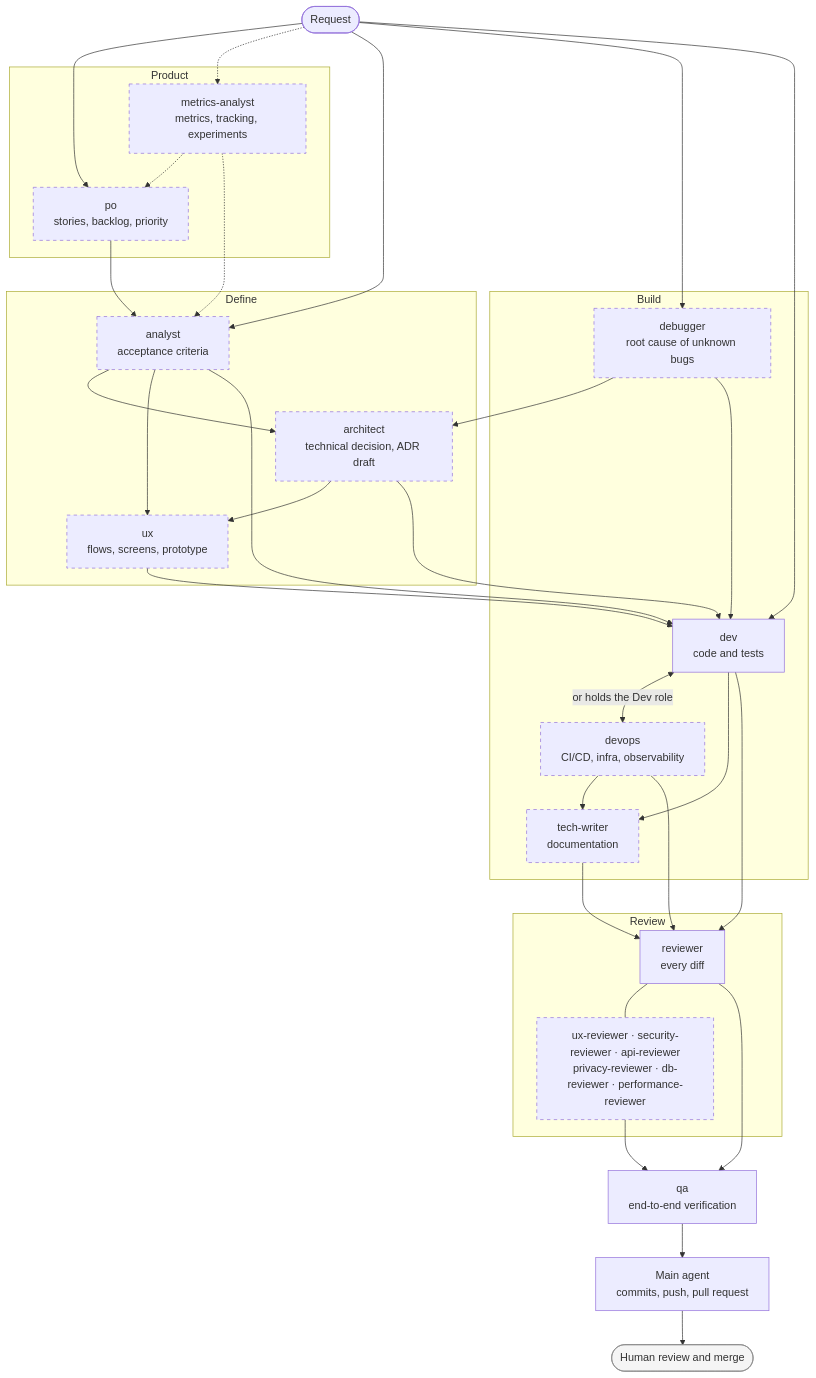
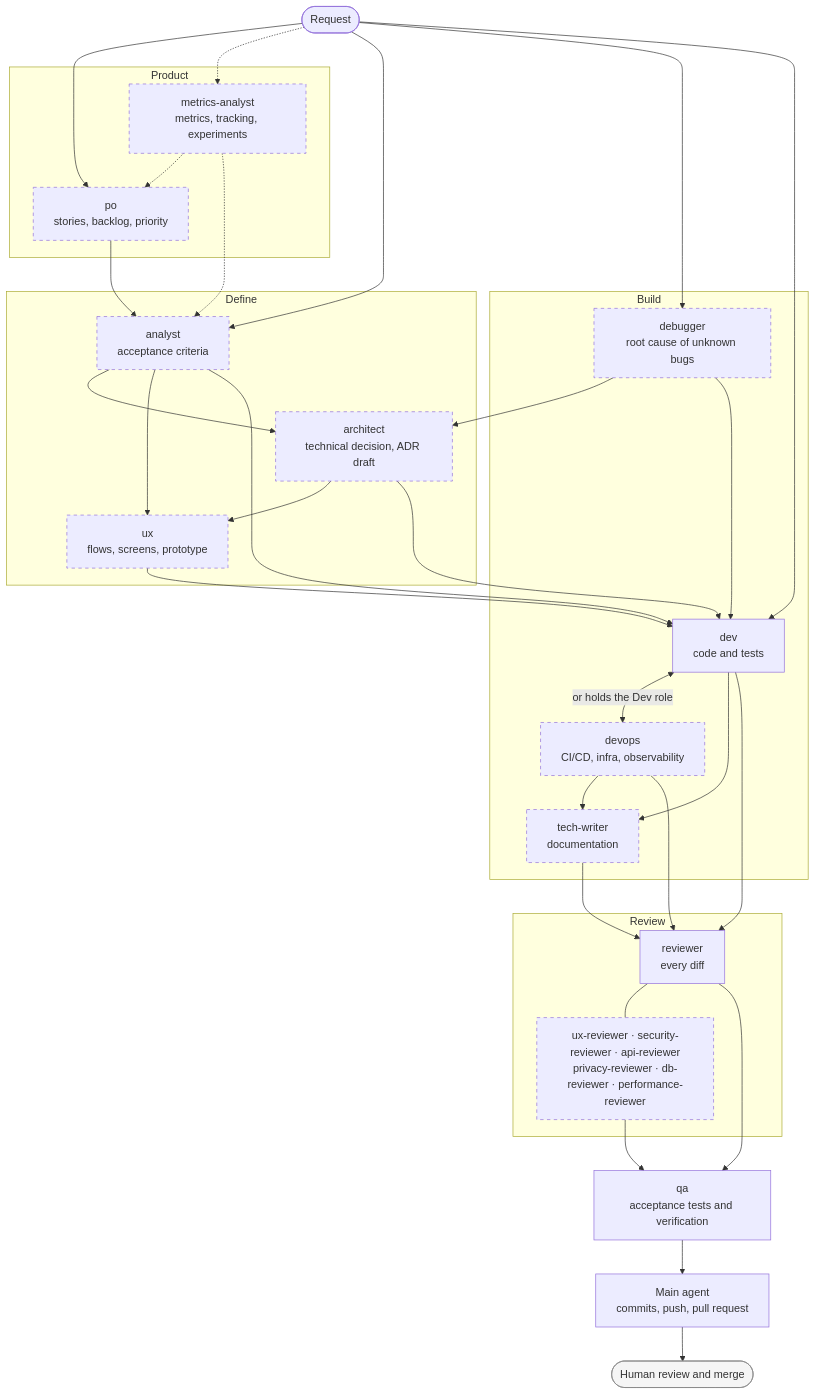
One commit to ifdevtecnologia/ifdev-agent-team changed the diagram in README.md. Above: the diagram before and after it, drawn with Mermaid. The commit also changed other lines of this file and 20 other files, not shown here.

First line of the commit message:
✨ feat: add stack and procedure skills and let QA write acceptance tests

````diff
--- a/README.md
+++ b/README.md
@@ -194,62 +200,62 @@
 ```mermaid
 flowchart TD
     classDef optional stroke-dasharray: 5 5
     classDef human fill:#f5f5f5,stroke:#888
 
     request([Request])
 
     subgraph product["Product"]
         po["po<br/>stories, backlog, priority"]:::optional
         metrics["metrics-analyst<br/>metrics, tracking, experiments"]:::optional
     end
 
     subgraph define["Define"]
         analyst["analyst<br/>acceptance criteria"]:::optional
         architect["architect<br/>technical decision, ADR draft"]:::optional
         ux["ux<br/>flows, screens, prototype"]:::optional
     end
 
     subgraph build["Build"]
         debugger["debugger<br/>root cause of unknown bugs"]:::optional
         dev["dev<br/>code and tests"]
         devops["devops<br/>CI/CD, infra, observability"]:::optional
         writer["tech-writer<br/>documentation"]:::optional
     end
 
     subgraph review["Review"]
         reviewer["reviewer<br/>every diff"]
         specialized["ux-reviewer · security-reviewer · api-reviewer<br/>privacy-reviewer · db-reviewer · performance-reviewer"]:::optional
     end
 
-    qa["qa<br/>end-to-end verification"]
+    qa["qa<br/>acceptance tests and verification"]
     delivery["Main agent<br/>commits, push, pull request"]
     merge(["Human review and merge"]):::human
 
     request --> po
     request -.-> metrics
     request --> analyst
     request --> debugger
     request --> dev
     po --> analyst
     metrics -.-> po
     metrics -.-> analyst
     analyst --> architect
     analyst --> ux
     architect --> ux
     architect --> dev
     ux --> dev
     analyst --> dev
     debugger --> architect
     debugger --> dev
     dev <-->|"or holds the Dev role"| devops
     dev --> writer
     devops --> writer
     dev --> reviewer
     devops --> reviewer
     writer --> reviewer
     reviewer --- specialized
     reviewer --> qa
     specialized --> qa
     qa --> delivery
     delivery --> merge
 ```
````
